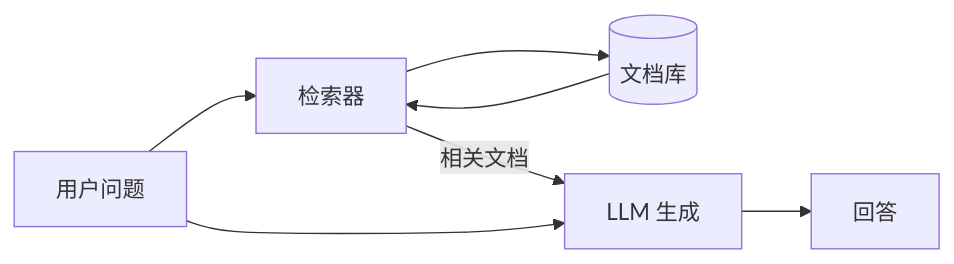
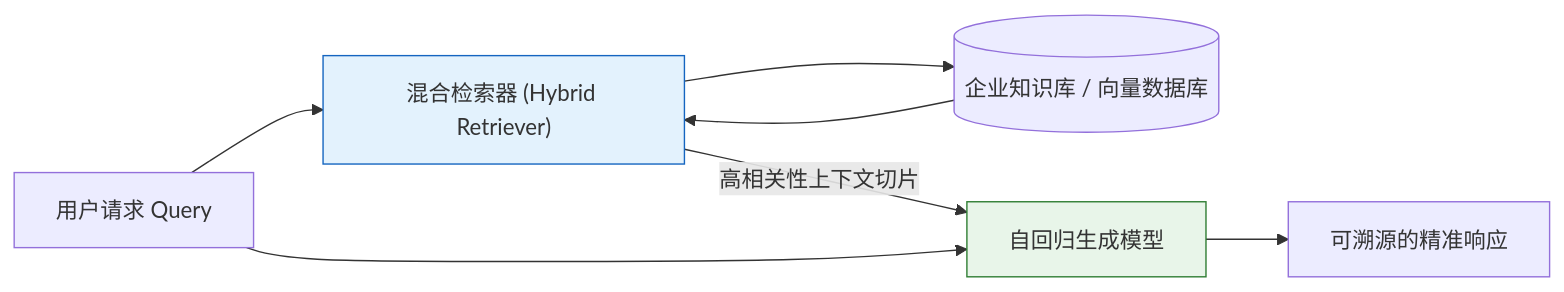
The first of 6 diagrams in chapters/10-knowledge.md (yingwang/thinking-in-llm), drawn with Mermaid before and after one commit. The commit also changed other lines of this file and 31 other files, not shown here.

````diff
--- a/chapters/10-knowledge.md
+++ b/chapters/10-knowledge.md
@@ -29,9 +29,12 @@
 ```mermaid
 flowchart LR
-    Q[用户问题] --> R[检索器]
-    R --> D[(文档库)]
+    Q["用户请求 Query"] --> R["混合检索器 (Hybrid Retriever)"]
+    R --> D[("企业知识库 / 向量数据库")]
     D --> R
-    R --> |相关文档| G[LLM 生成]
+    R -->|"高相关性上下文切片"| G["自回归生成模型"]
     Q --> G
-    G --> A[回答]
+    G --> A["可溯源的精准响应"]
+    
+    style R fill:#e3f2fd,stroke:#1565c0
+    style G fill:#e8f5e9,stroke:#2e7d32
 ```
````
